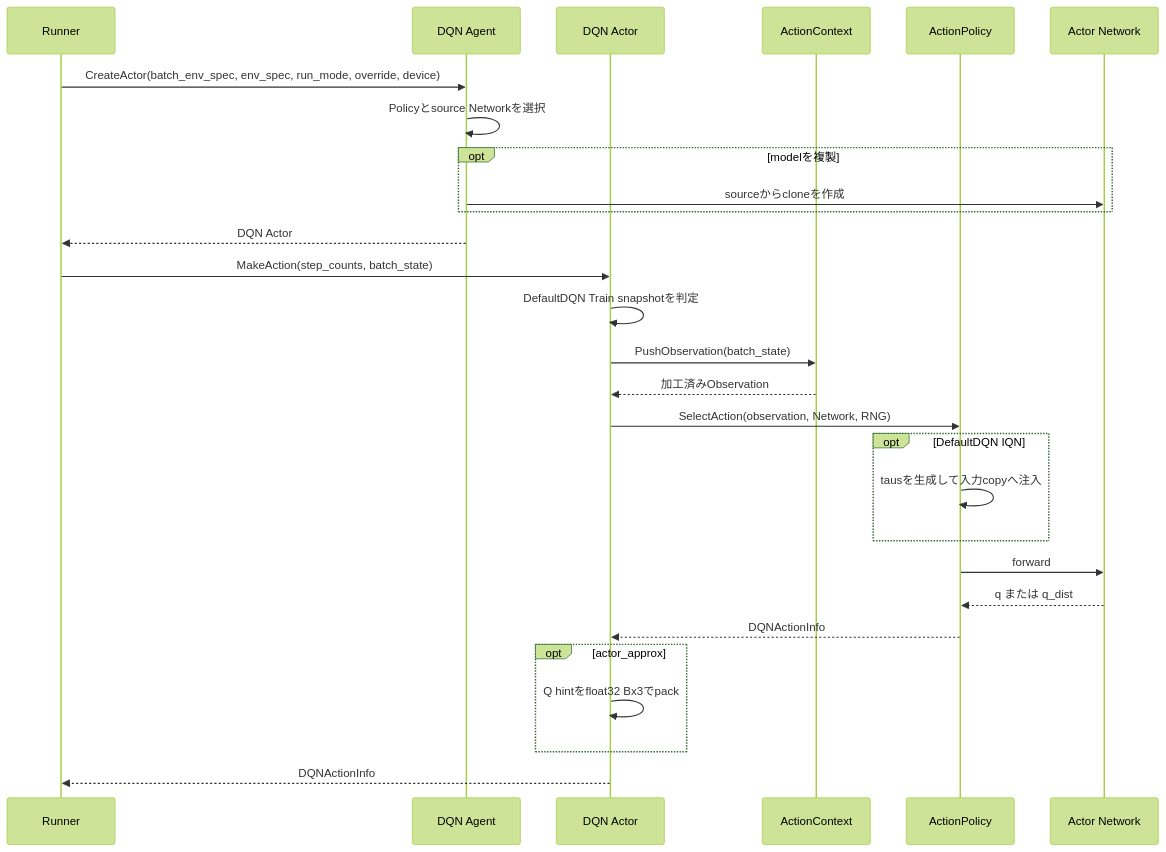
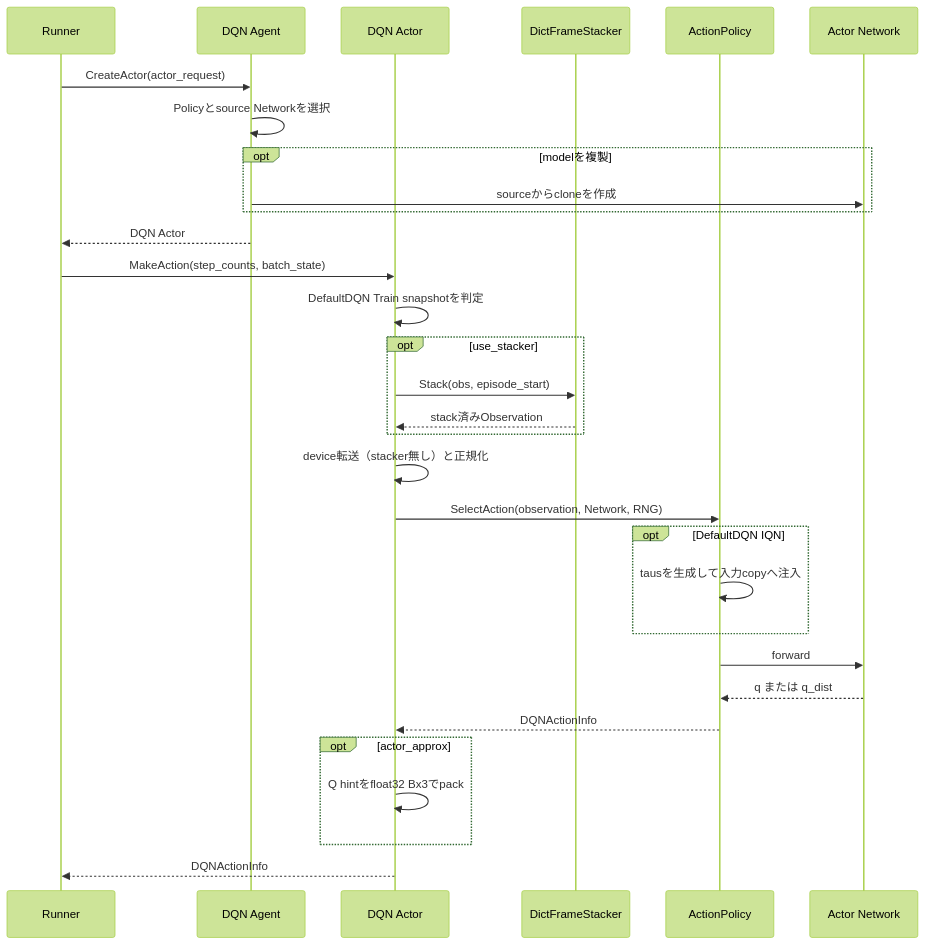
One commit to kazukin123/anet-lab changed the second of 4 diagrams in docs/design/200_dqn_agents.jp.md. Above: the diagram before and after it, drawn with Mermaid (forest theme). The commit also changed other lines of this file and 16 other files, not shown here.

````diff
--- a/docs/design/200_dqn_agents.jp.md
+++ b/docs/design/200_dqn_agents.jp.md
@@ -155,31 +155,34 @@
 ```mermaid
 sequenceDiagram
     participant R as Runner
     participant G as DQN Agent
     participant A as DQN Actor
-    participant C as ActionContext
+    participant S as DictFrameStacker
     participant P as ActionPolicy
     participant N as Actor Network
 
-    R->>G: CreateActor(batch_env_spec, env_spec, run_mode, override, device)
+    R->>G: CreateActor(actor_request)
     G->>G: Policyとsource Networkを選択
     opt modelを複製
         G->>N: sourceからcloneを作成
     end
     G-->>R: DQN Actor
     R->>A: MakeAction(step_counts, batch_state)
     A->>A: DefaultDQN Train snapshotを判定
-    A->>C: PushObservation(batch_state)
-    C-->>A: 加工済みObservation
+    opt use_stacker
+        A->>S: Stack(obs, episode_start)
+        S-->>A: stack済みObservation
+    end
+    A->>A: device転送（stacker無し）と正規化
     A->>P: SelectAction(observation, Network, RNG)
     opt DefaultDQN IQN
         P->>P: tausを生成して入力copyへ注入
     end
     P->>N: forward
     N-->>P: q または q_dist
     P-->>A: DQNActionInfo
     opt actor_approx
         A->>A: Q hintをfloat32 Bx3でpack
     end
     A-->>R: DQNActionInfo
 ```
````
